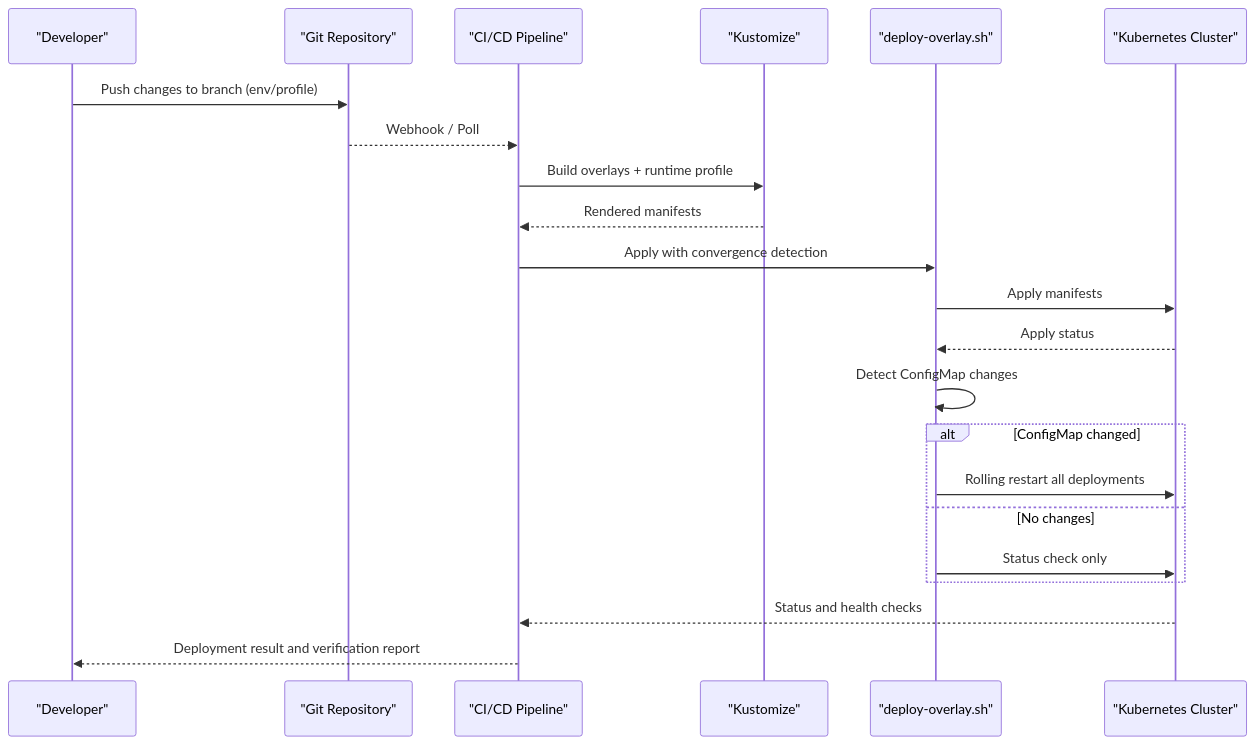
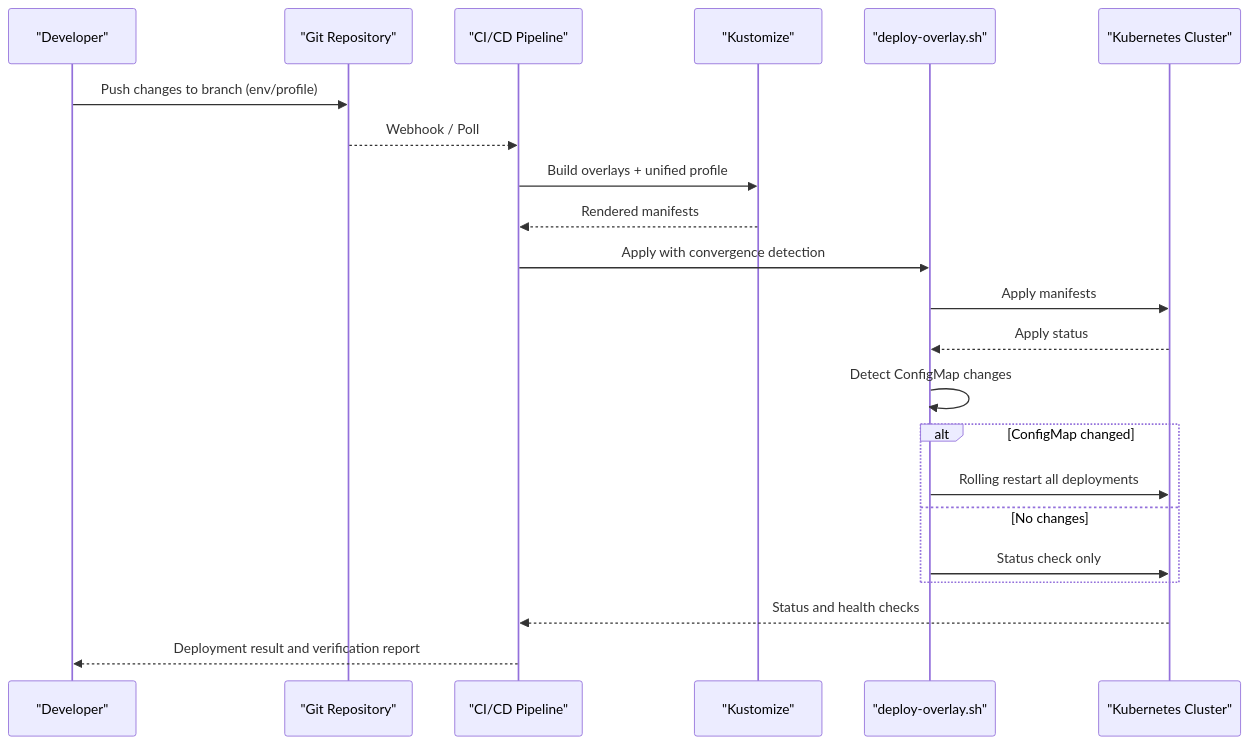
One commit to metasync/luban-aiops changed the second of 7 diagrams in .qoder/repowiki/en/content/Deployment and Operations/GitOps Workflow.md. Above: the diagram before and after it, drawn with Mermaid. The commit also changed other lines of this file and 18 other files, not shown here.

````diff
--- a/.qoder/repowiki/en/content/Deployment and Operations/GitOps Workflow.md
+++ b/.qoder/repowiki/en/content/Deployment and Operations/GitOps Workflow.md
@@ -106,24 +108,24 @@
 ```mermaid
 sequenceDiagram
 participant Dev as "Developer"
 participant Git as "Git Repository"
 participant CI as "CI/CD Pipeline"
 participant Kust as "Kustomize"
 participant Script as "deploy-overlay.sh"
 participant Cluster as "Kubernetes Cluster"
 Dev->>Git : Push changes to branch (env/profile)
 Git-->>CI : Webhook / Poll
-CI->>Kust : Build overlays + runtime profile
+CI->>Kust : Build overlays + unified profile
 Kust-->>CI : Rendered manifests
 CI->>Script : Apply with convergence detection
 Script->>Cluster : Apply manifests
 Cluster-->>Script : Apply status
 Script->>Script : Detect ConfigMap changes
 alt ConfigMap changed
 Script->>Cluster : Rolling restart all deployments
 else No changes
 Script->>Cluster : Status check only
 end
 Cluster-->>CI : Status and health checks
 CI-->>Dev : Deployment result and verification report
 ```
````
